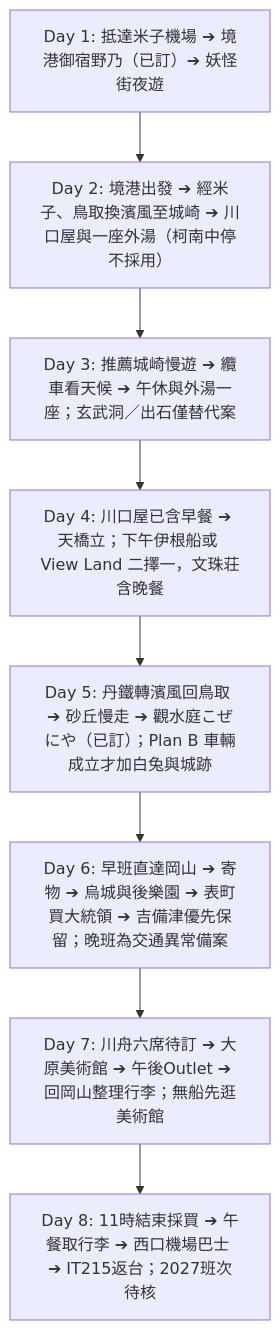
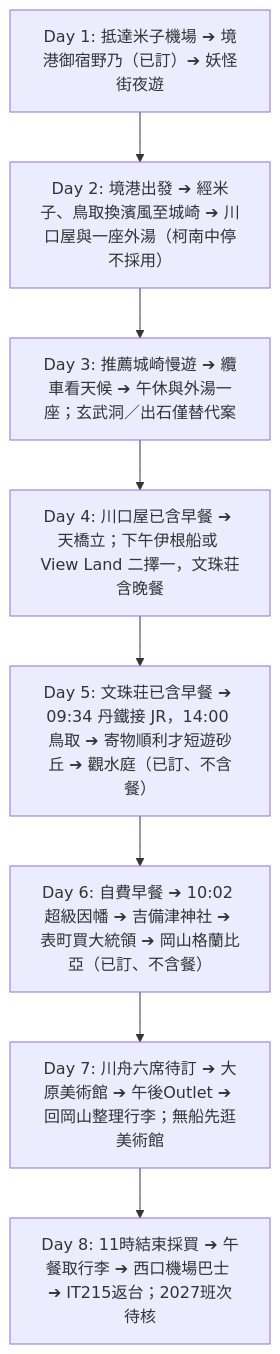
One commit to iamkeith001/sanin-trip-2027 changed the diagram in README.md. Above: the diagram before and after it, drawn with Mermaid. The commit also changed other lines of this file and 5 other files, not shown here.

````diff
--- a/README.md
+++ b/README.md
@@ -61,10 +61,10 @@
 ```mermaid
 graph TD
     Day1[Day 1: 抵達米子機場 ➔ 境港御宿野乃（已訂）➔ 妖怪街夜遊] --> Day2[Day 2: 境港出發 ➔ 經米子、鳥取換濱風至城崎 ➔ 川口屋與一座外湯（柯南中停不採用）]
     Day2 --> Day3[Day 3: 推薦城崎慢遊 ➔ 纜車看天候 ➔ 午休與外湯一座；玄武洞／出石僅替代案]
     Day3 --> Day4[Day 4: 川口屋已含早餐 ➔ 天橋立；下午伊根船或 View Land 二擇一，文珠荘含晚餐]
-    Day4 --> Day5[Day 5: 丹鐵轉濱風回鳥取 ➔ 砂丘慢走 ➔ 觀水庭こぜにや（已訂）；Plan B 車輛成立才加白兔與城跡]
-    Day5 --> Day6[Day 6: 早班直達岡山 ➔ 寄物 ➔ 烏城與後樂園 ➔ 表町買大統領 ➔ 吉備津優先保留；晚班為交通異常備案]
+    Day4 --> Day5[Day 5: 文珠荘已含早餐 ➔ 09:34 丹鐵接 JR，14:00 鳥取 ➔ 寄物順利才短遊砂丘 ➔ 觀水庭（已訂、不含餐）]
+    Day5 --> Day6[Day 6: 自費早餐 ➔ 10:02 超級因幡 ➔ 吉備津神社 ➔ 表町買大統領 ➔ 岡山格蘭比亞（已訂、不含餐）]
     Day6 --> Day7[Day 7: 川舟六席待訂 ➔ 大原美術館 ➔ 午後Outlet ➔ 回岡山整理行李；無船先逛美術館]
     Day7 --> Day8[Day 8: 11時結束採買 ➔ 午餐取行李 ➔ 西口機場巴士 ➔ IT215返台；2027班次待核]
 ```
````
